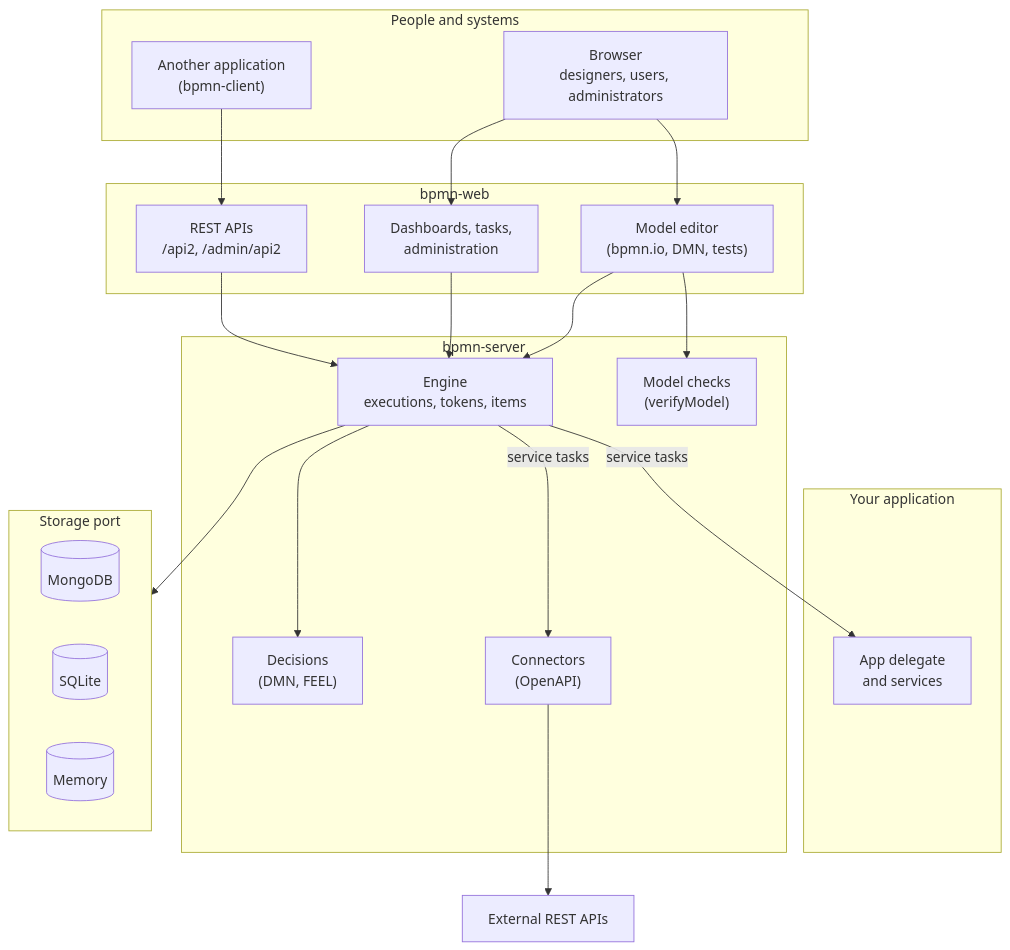
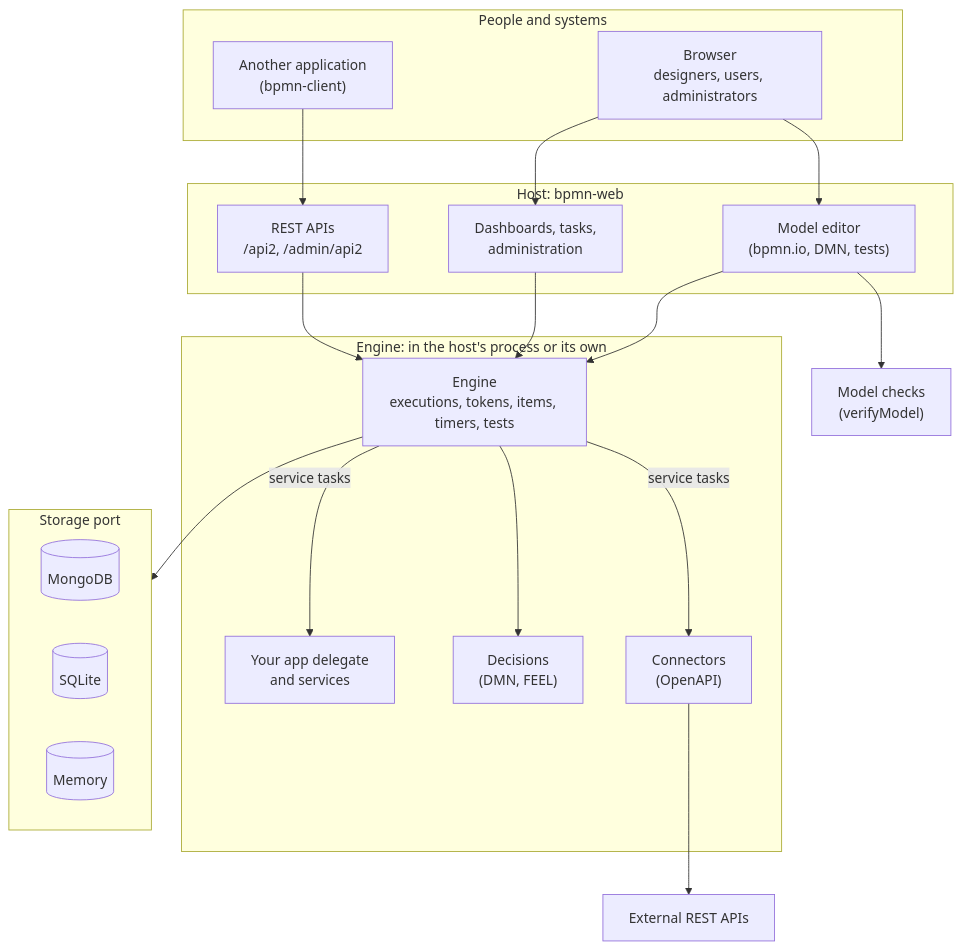
One commit to bpmnServer/bpmn-server changed the diagram in README.md. Above: the diagram before and after it, drawn with Mermaid. The commit also changed other lines of this file and 17 other files, not shown here.

First line of the commit message:
Docs for the release: architecture, ways to run it, Gherkin tests, upgrade notes, comments

````diff
--- a/README.md
+++ b/README.md
@@ -11,42 +11,40 @@
 ```mermaid
 flowchart TB
   subgraph Users["People and systems"]
     Browser["Browser<br/>designers, users, administrators"]
     Remote["Another application<br/>(bpmn-client)"]
   end
 
-  subgraph Web["bpmn-web"]
+  subgraph Web["Host: bpmn-web"]
     Modeler["Model editor<br/>(bpmn.io, DMN, tests)"]
     Pages["Dashboards, tasks,<br/>administration"]
     REST["REST APIs<br/>/api2, /admin/api2"]
   end
 
-  subgraph App["Your application"]
-    Delegate["App delegate<br/>and services"]
-  end
-
-  subgraph Core["bpmn-server"]
-    Engine["Engine<br/>executions, tokens, items"]
-    Verify["Model checks<br/>(verifyModel)"]
+  subgraph EngineSide["Engine: in the host's process or its own"]
+    Engine["Engine<br/>executions, tokens, items, timers, tests"]
+    Delegate["Your app delegate<br/>and services"]
     DMN["Decisions<br/>(DMN, FEEL)"]
     Connectors["Connectors<br/>(OpenAPI)"]
   end
+
+  Verify["Model checks<br/>(verifyModel)"]
 
   subgraph Storage["Storage port"]
     Mongo[("MongoDB")]
     SQLite[("SQLite")]
     Memory[("Memory")]
   end
 
   APIs["External REST APIs"]
 
   Browser --> Modeler & Pages
   Remote --> REST
   Modeler & Pages & REST --> Engine
   Modeler --> Verify
   Engine --> DMN
   Engine -- service tasks --> Delegate
   Engine -- service tasks --> Connectors
   Connectors --> APIs
   Engine --> Storage
 ```
````
